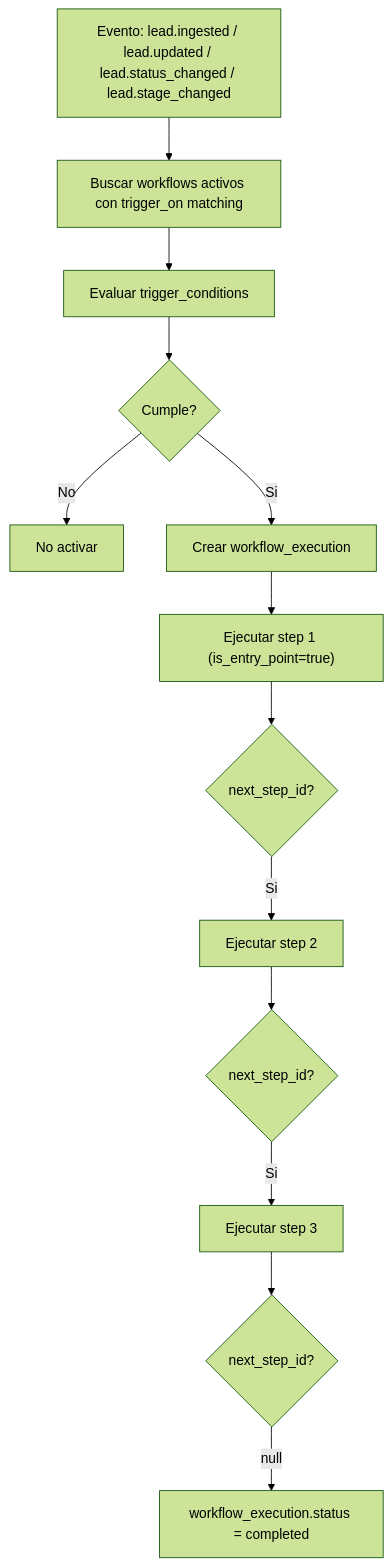
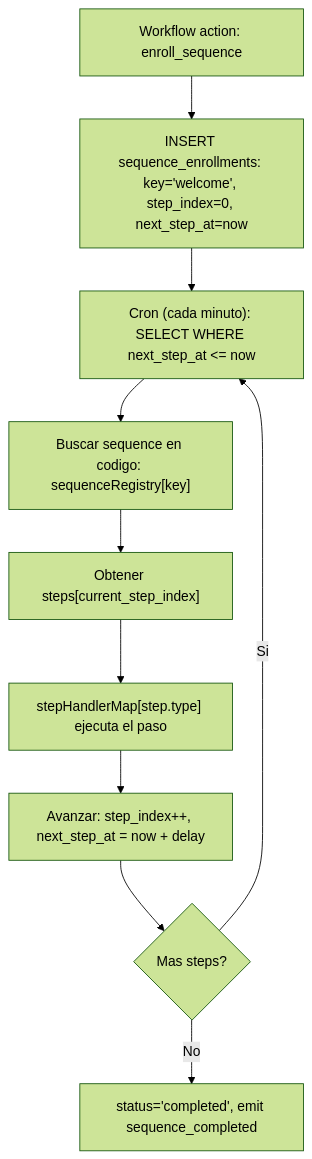
The third of 3 diagrams in docs/MVP-ARCHITECTURE.md (afluence-holding/marketing-funnel), drawn with Mermaid (forest theme) before and after one commit. The commit also changed other lines of this file and 81 other files, not shown here.

````diff
--- a/docs/MVP-ARCHITECTURE.md
+++ b/docs/MVP-ARCHITECTURE.md
@@ -367,16 +237,13 @@
 ```mermaid
 flowchart TD
-    Trigger["Evento: lead.ingested / lead.updated / lead.status_changed / lead.stage_changed"]
-    Trigger --> Find["Buscar workflows activos con trigger_on matching"]
-    Find --> Cond["Evaluar trigger_conditions"]
-    Cond --> Match{"Cumple?"}
-    Match -->|No| Skip["No activar"]
-    Match -->|Si| Create["Crear workflow_execution"]
-    Create --> Step1["Ejecutar step 1 (is_entry_point=true)"]
-    Step1 --> Next1{"next_step_id?"}
-    Next1 -->|Si| Step2["Ejecutar step 2"]
-    Step2 --> Next2{"next_step_id?"}
-    Next2 -->|Si| Step3["Ejecutar step 3"]
-    Step3 --> Next3{"next_step_id?"}
-    Next3 -->|null| Done["workflow_execution.status = completed"]
+    WF["Workflow action: enroll_sequence"]
+    WF --> Insert["INSERT sequence_enrollments: key='welcome', step_index=0, next_step_at=now"]
+    Insert --> Cron["Cron (cada minuto): SELECT WHERE next_step_at <= now"]
+    Cron --> Lookup["Buscar sequence en codigo: sequenceRegistry[key]"]
+    Lookup --> Step["Obtener steps[current_step_index]"]
+    Step --> Handler["stepHandlerMap[step.type] ejecuta el paso"]
+    Handler --> Advance["Avanzar: step_index++, next_step_at = now + delay"]
+    Advance --> Check{"Mas steps?"}
+    Check -->|Si| Cron
+    Check -->|No| Complete["status='completed', emit sequence_completed"]
 ```
````
